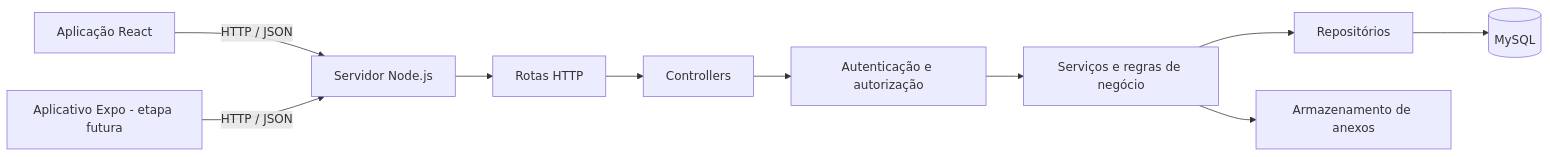
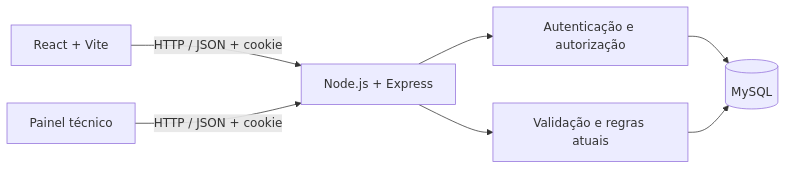
The third of 3 diagrams in docs/FLUXOS-E-ARQUITETURA.md (lazaro3308/TCC-G-TECH), drawn with Mermaid before and after one commit. The commit also changed other lines of this file, not shown here.

````diff
--- a/docs/FLUXOS-E-ARQUITETURA.md
+++ b/docs/FLUXOS-E-ARQUITETURA.md
@@ -57,12 +50,9 @@
 ```mermaid
 flowchart LR
-    WEB[Aplicação React] -->|HTTP / JSON| API[Servidor Node.js]
-    APP[Aplicativo Expo - etapa futura] -->|HTTP / JSON| API
-    API --> ROUTES[Rotas HTTP]
-    ROUTES --> CTRL[Controllers]
-    CTRL --> AUTH[Autenticação e autorização]
-    AUTH --> SERVICES[Serviços e regras de negócio]
-    SERVICES --> REPOS[Repositórios]
-    REPOS --> DB[(MySQL)]
-    SERVICES --> STORAGE[Armazenamento de anexos]
+    WEB[React + Vite] -->|HTTP / JSON + cookie| API[Node.js + Express]
+    API --> AUTH[Autenticação e autorização]
+    API --> VALID[Validação e regras atuais]
+    AUTH --> DB[(MySQL)]
+    VALID --> DB
+    TECH[Painel técnico] -->|HTTP / JSON + cookie| API
 ```
````
